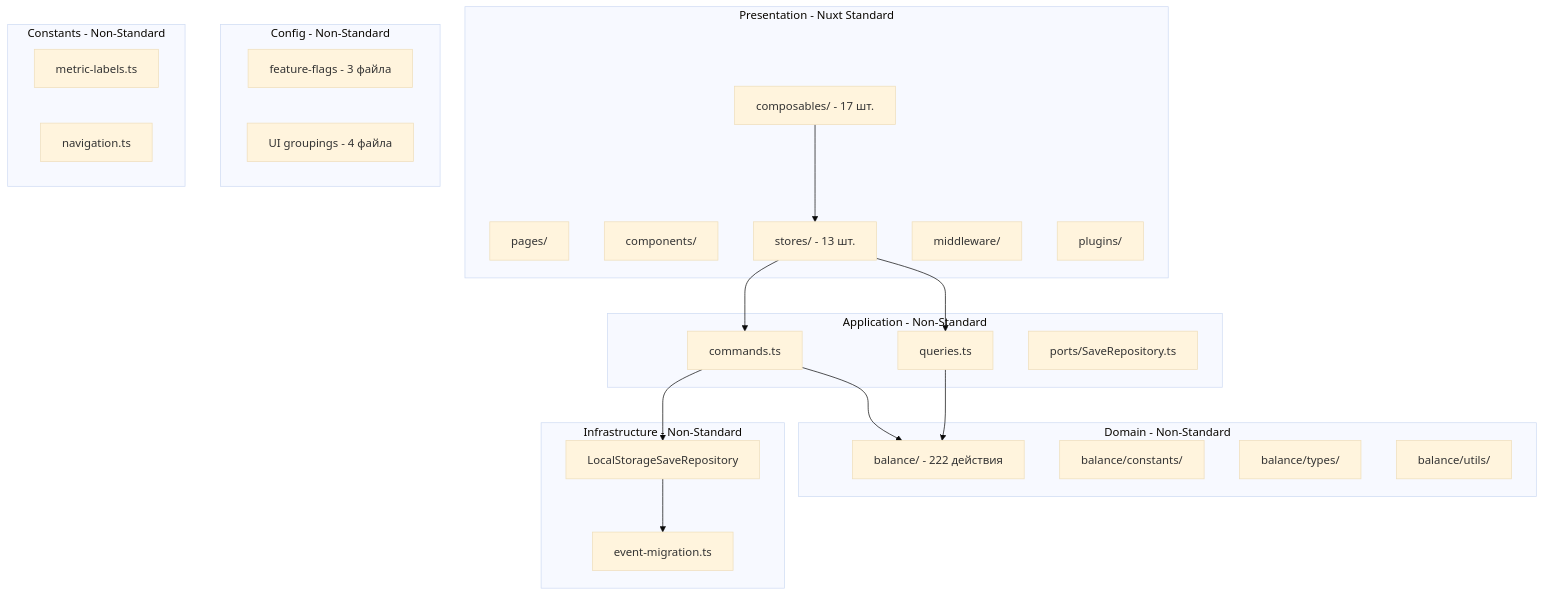
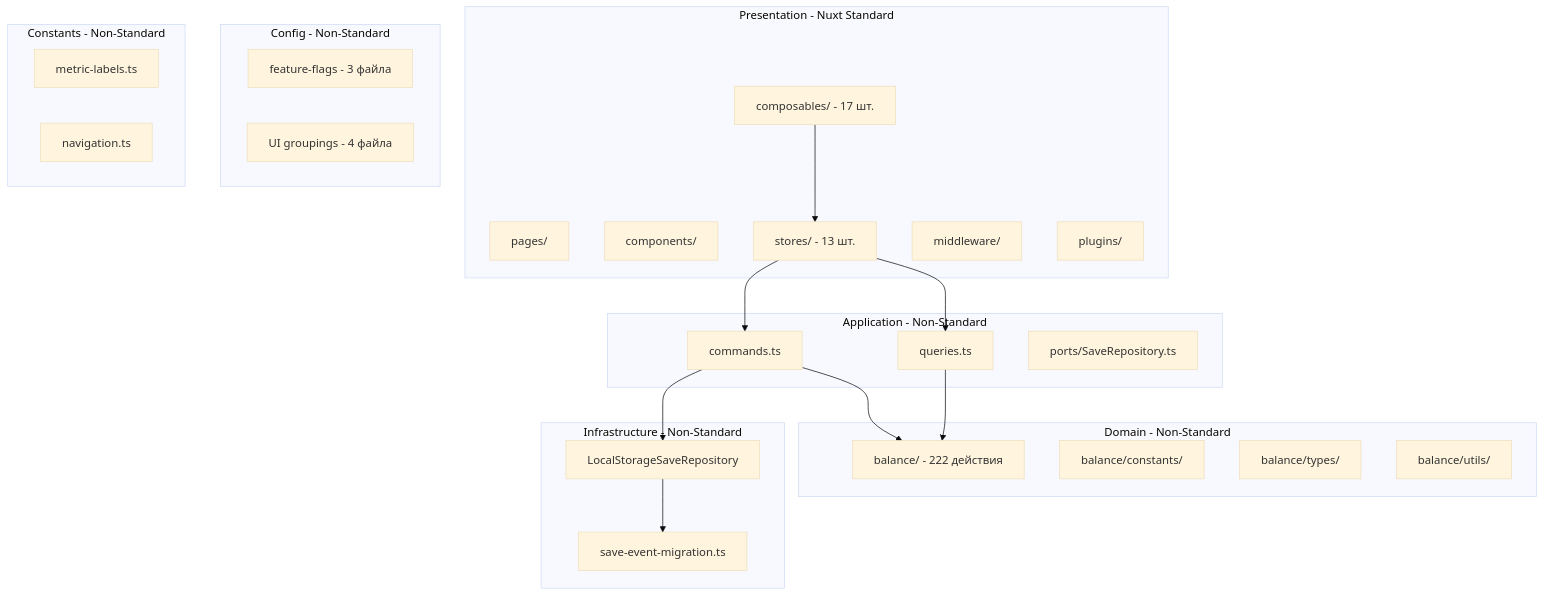
The diagram in doc/adr/nuxt4-architecture-analysis.md (arvaistary/sim_game), drawn with Mermaid (base theme) before and after one commit. The commit also changed other lines of this file and 67 other files, not shown here.

````diff
--- a/doc/adr/nuxt4-architecture-analysis.md
+++ b/doc/adr/nuxt4-architecture-analysis.md
@@ -36,47 +36,47 @@
 ```mermaid
 graph TB
     subgraph Presentation - Nuxt Standard
         P1[pages/]
         P2[components/]
         P3[composables/ - 17 шт.]
         P4[stores/ - 13 шт.]
         P5[middleware/]
         P6[plugins/]
     end
 
     subgraph Application - Non-Standard
         A1[commands.ts]
         A2[queries.ts]
         A3[ports/SaveRepository.ts]
     end
 
     subgraph Domain - Non-Standard
         D1[balance/ - 222 действия]
         D2[balance/constants/]
         D3[balance/types/]
         D4[balance/utils/]
     end
 
     subgraph Infrastructure - Non-Standard
         I1[LocalStorageSaveRepository]
-        I2[event-migration.ts]
+        I2[save-event-migration.ts]
     end
 
     subgraph Config - Non-Standard
         C1[feature-flags - 3 файла]
         C2[UI groupings - 4 файла]
     end
 
     subgraph Constants - Non-Standard
         K1[metric-labels.ts]
         K2[navigation.ts]
     end
 
     P3 --> P4
     P4 --> A1
     P4 --> A2
     A1 --> D1
     A2 --> D1
     A1 --> I1
     I1 --> I2
 ```
````
